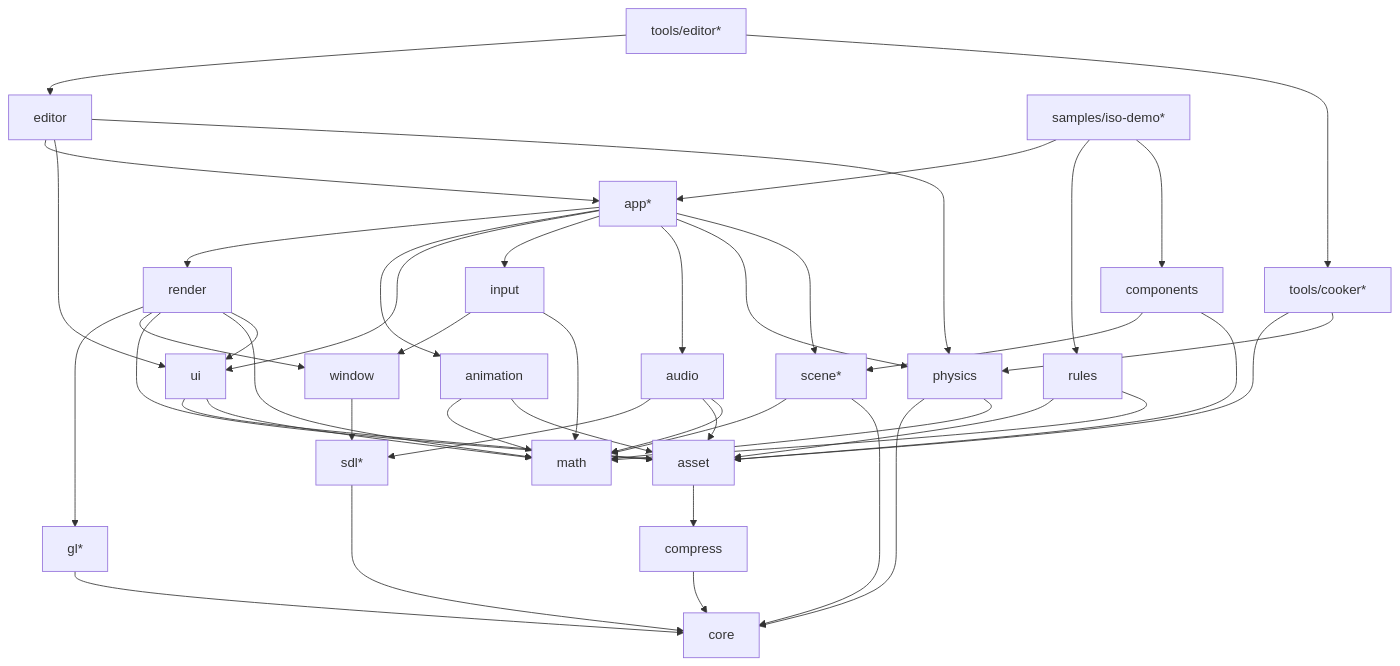
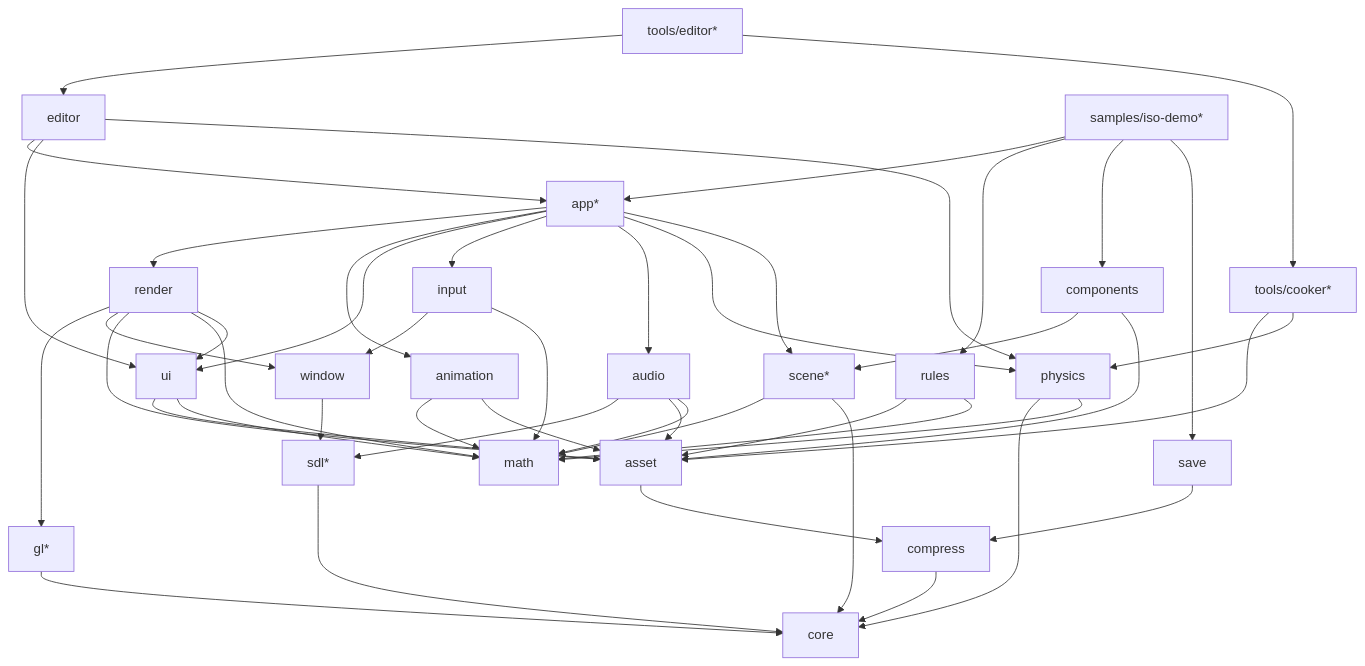
Before and after one commit to ilumar589/JEddyFramework: the diagram in docs/DESIGN.md, drawn with Mermaid. The commit also changed other lines of this file and 16 other files, not shown here.

````diff
--- a/docs/DESIGN.md
+++ b/docs/DESIGN.md
@@ -92,49 +93,51 @@
 ```mermaid
 graph TD
   core[core]
   math[math]
   compress[compress] --> core
   sdl[sdl*] --> core
   gl[gl*] --> core
   window[window] --> sdl
   input[input] --> window
   input --> math
   asset[asset] --> compress
   render[render] --> gl
   render --> window
   render --> asset
   render --> math
   render --> ui
   ui[ui] --> asset
   ui --> math
   audio[audio] --> sdl
   audio --> asset
   audio --> math
   physics[physics] --> core
   physics --> math
   scene[scene*] --> math
   scene --> core
   animation[animation] --> math
   animation --> asset
+  save[save] --> compress
   rules[rules] --> asset
   rules --> math
   components[components] --> scene
   components --> asset
   editor[editor] --> app
   editor --> ui
   editor --> physics
   editortool[tools/editor*] --> editor
   editortool --> cooker
   app[app*] --> render
   app --> animation
   app --> ui
   app --> input
   app --> audio
   app --> physics
   app --> scene
   isodemo[samples/iso-demo*] --> app
   isodemo --> rules
   isodemo --> components
+  isodemo --> save
   cooker[tools/cooker*] --> asset
   cooker --> physics
 ```
````
